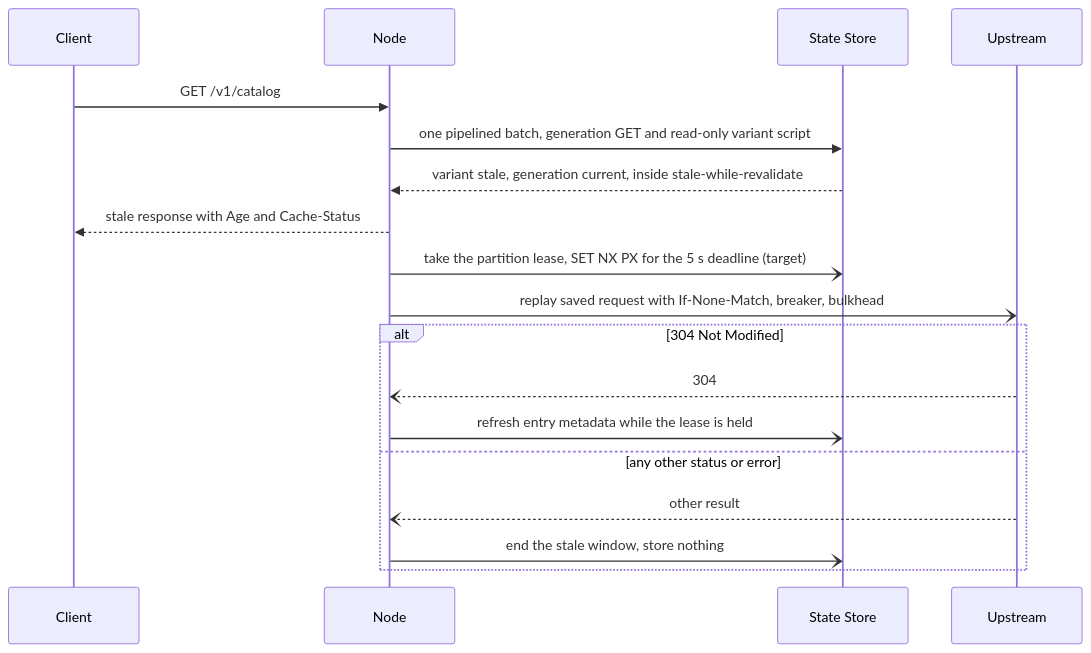
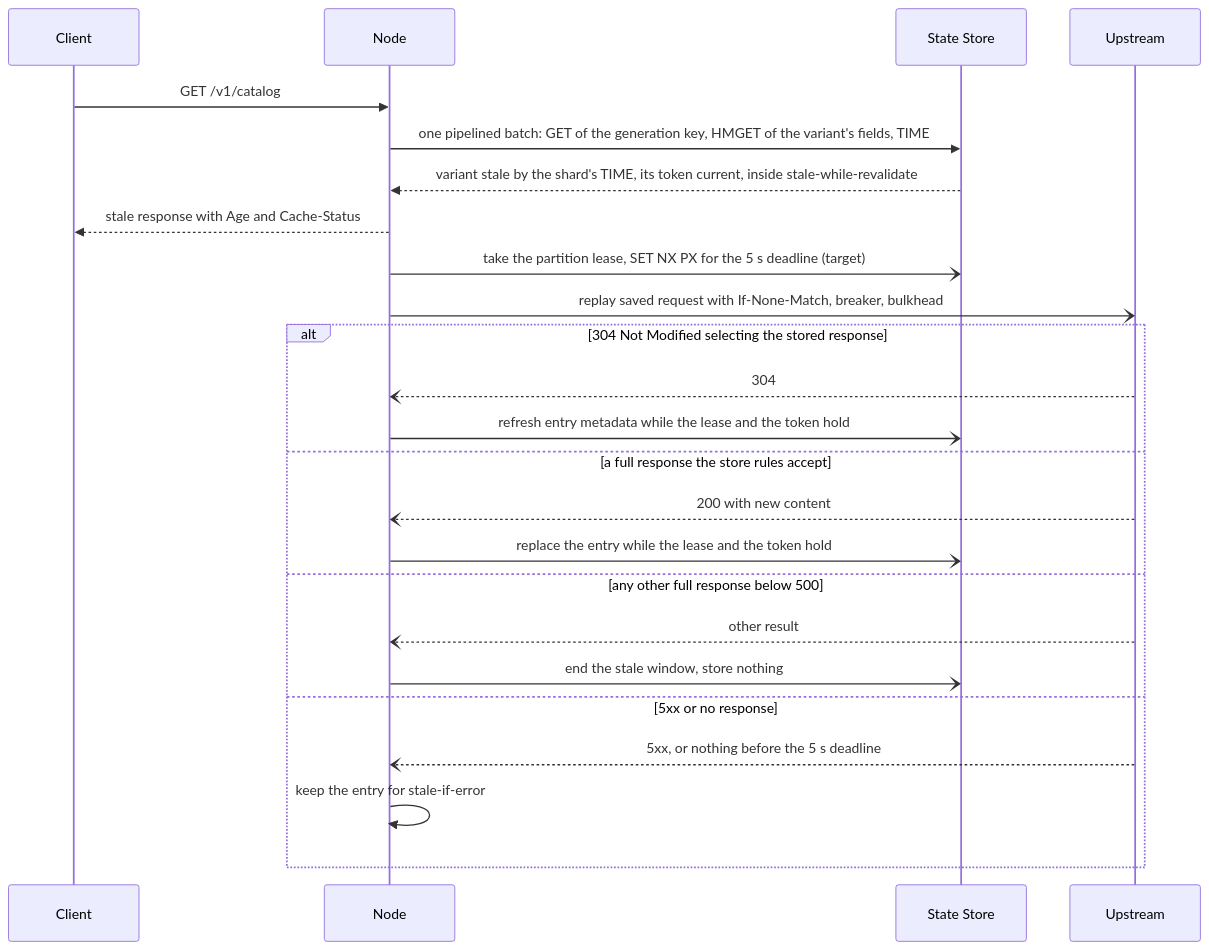
One commit to ravindu-rev/ruralz changed the fourth of 4 diagrams in docs/architecture/09-traffic-management-and-resilience.md. Above: the diagram before and after it, drawn with Mermaid. The commit also changed other lines of this file and 5552 other files, not shown here.

````diff
--- a/docs/architecture/09-traffic-management-and-resilience.md
+++ b/docs/architecture/09-traffic-management-and-resilience.md
@@ -416,20 +460,26 @@
 ```mermaid
 sequenceDiagram
     participant C as Client
     participant N as Node
     participant SS as State Store
     participant UP as Upstream
     C->>N: GET /v1/catalog
-    N->>SS: one pipelined batch, generation GET and read-only variant script
-    SS-->>N: variant stale, generation current, inside stale-while-revalidate
+    N->>SS: one pipelined batch: GET of the generation key, HMGET of the variant's fields, TIME
+    SS-->>N: variant stale by the shard's TIME, its token current, inside stale-while-revalidate
     N-->>C: stale response with Age and Cache-Status
     N-)SS: take the partition lease, SET NX PX for the 5 s deadline (target)
     N-)UP: replay saved request with If-None-Match, breaker, bulkhead
-    alt 304 Not Modified
+    alt 304 Not Modified selecting the stored response
         UP--)N: 304
-        N-)SS: refresh entry metadata while the lease is held
-    else any other status or error
+        N-)SS: refresh entry metadata while the lease and the token hold
+    else a full response the store rules accept
+        UP--)N: 200 with new content
+        N-)SS: replace the entry while the lease and the token hold
+    else any other full response below 500
         UP--)N: other result
         N-)SS: end the stale window, store nothing
+    else 5xx or no response
+        UP--)N: 5xx, or nothing before the 5 s deadline
+        N->>N: keep the entry for stale-if-error
     end
 ```
````
